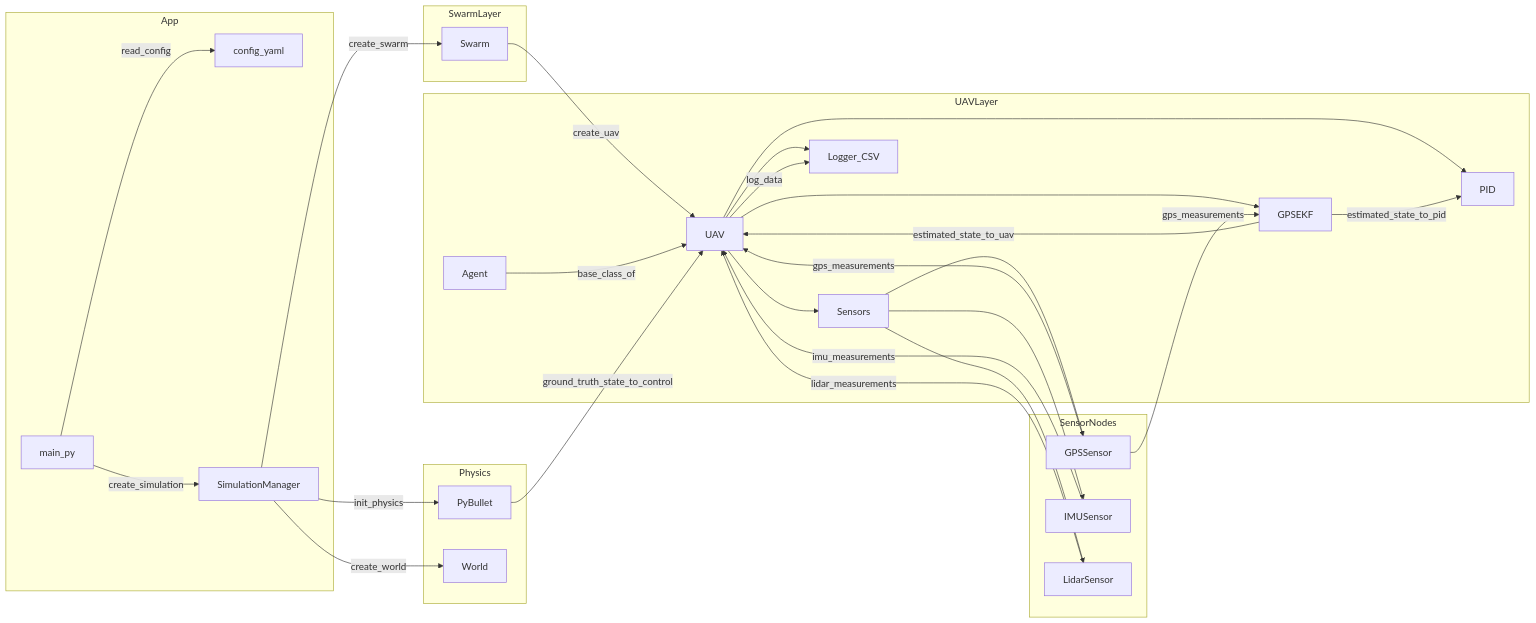
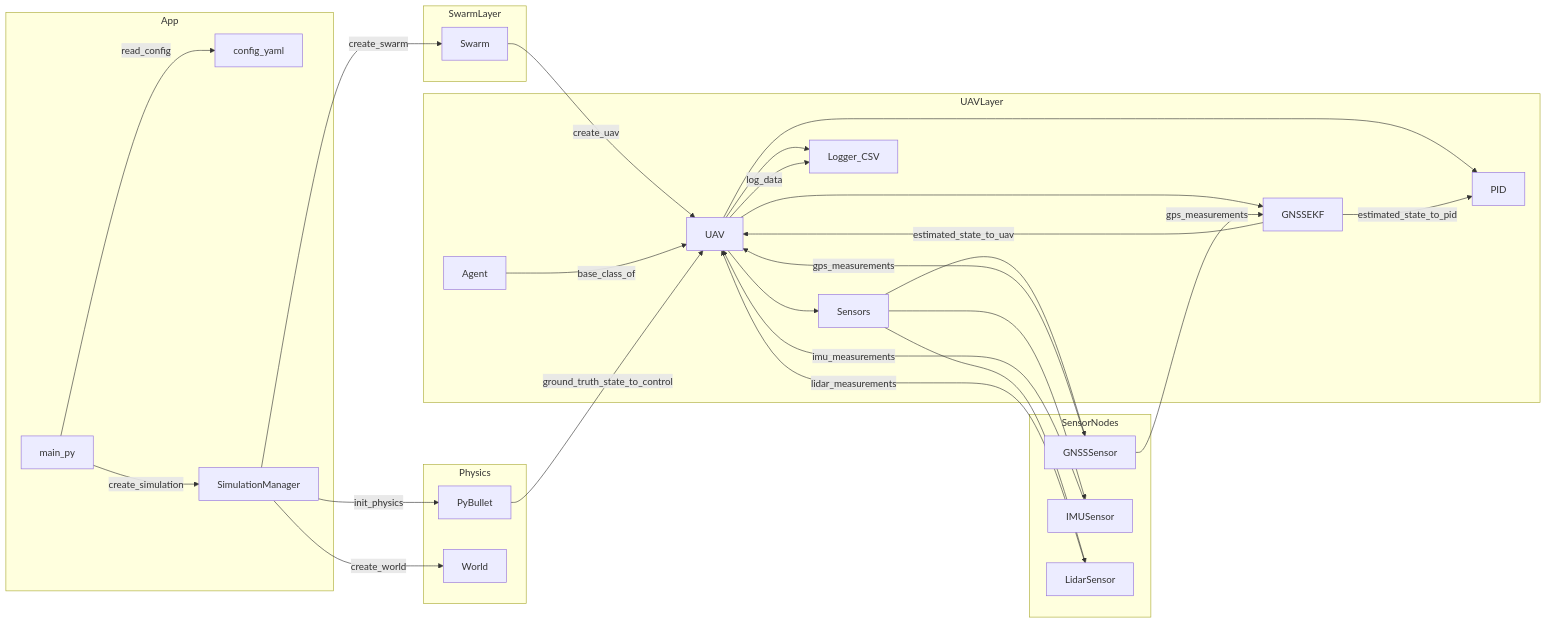
Before and after one commit to adrian-ujkaj/causal_inference_sim1: the diagram in schema_loop.mmd, drawn with Mermaid. The commit also changed 9 other files, not shown here.

Commit message:
Add lidar altitude fusion to EKF and rework sensors and swarm

```diff
--- a/schema_loop.mmd
+++ b/schema_loop.mmd
@@ -1,69 +1,69 @@
 flowchart LR
   subgraph App
     main["main_py"]
     config["config_yaml"]
     sim["SimulationManager"]
   end
 
   subgraph Physics
     pyb["PyBullet"]
     world["World"]
   end
 
   subgraph SwarmLayer
     swarm["Swarm"]
   end
 
   subgraph UAVLayer
     agent["Agent"]
     uav["UAV"]
     pid["PID"]
     sensors["Sensors"]
-    ekf["GPSEKF"]
+    ekf["GNSSEKF"]
     logger["Logger_CSV"]
   end
 
   subgraph SensorNodes
-    gps["GPSSensor"]
+    gnss["GNSSSensor"]
     imu["IMUSensor"]
     lidar["LidarSensor"]
   end
 
   %% Application flow
   main -->|read_config| config
   main -->|create_simulation| sim
 
   %% Simulation and physics
   sim -->|init_physics| pyb
   sim -->|create_world| world
   sim -->|create_swarm| swarm
 
   %% Swarm creates UAVs
   swarm -->|create_uav| uav
 
   %% Inheritance
   agent -->|base_class_of| uav
 
   %% UAV internal components
   uav --> pid
   uav --> sensors
   uav --> ekf
   uav --> logger
 
   %% Sensors inside UAV
-  sensors --> gps
+  sensors --> gnss
   sensors --> imu
   sensors --> lidar
 
   %% Data flow
   pyb -->|ground_truth_state_to_control| uav
 
-  gps -->|gps_measurements| uav
-  gps -->|gps_measurements| ekf
+  gnss -->|gps_measurements| uav
+  gnss -->|gps_measurements| ekf
   imu -->|imu_measurements| uav
   lidar -->|lidar_measurements| uav
 
   ekf -->|estimated_state_to_uav| uav
   ekf -->|estimated_state_to_pid| pid
 
   uav -->|log_data| logger
```
